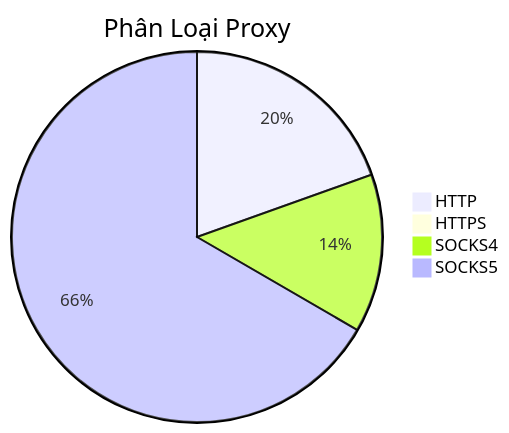
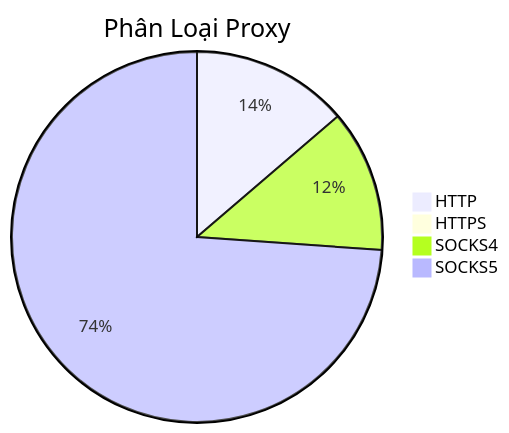
One commit to Ciara-Aa/PROXY-free changed the diagram in README.md. Above: the diagram before and after it, drawn with Mermaid. The commit also changed other lines of this file and 4 other files, not shown here.

````diff
--- a/README.md
+++ b/README.md
@@ -26,7 +26,7 @@
 ```mermaid
 pie title Phân Loại Proxy
-    "HTTP" : 359
-    "HTTPS" : 4
-    "SOCKS4" : 254
-    "SOCKS5" : 1224
+    "HTTP" : 447
+    "HTTPS" : 3
+    "SOCKS4" : 404
+    "SOCKS5" : 2407
 ```
````
